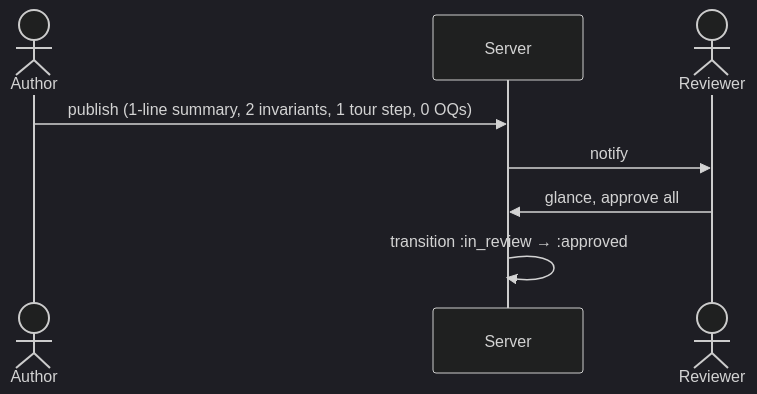
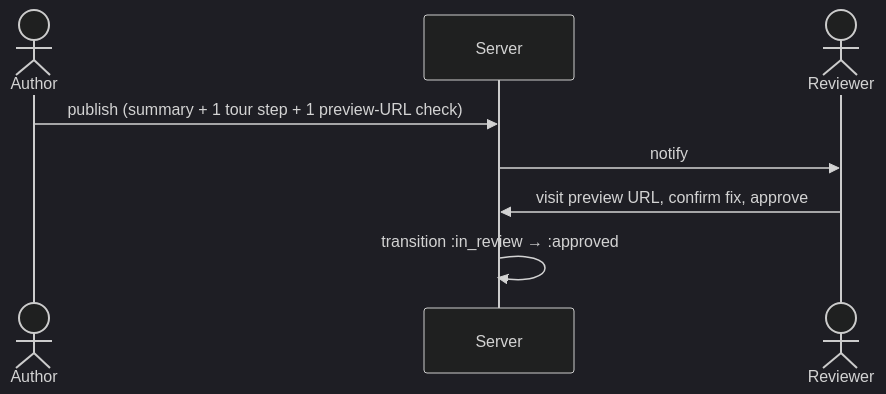
The third of 7 diagrams in .plans/review-packet-prd.md (figitaki/reviews), drawn with Mermaid (dark theme) before and after one commit. The commit also changed other lines of this file and 1 other file, not shown here.

````diff
--- a/.plans/review-packet-prd.md
+++ b/.plans/review-packet-prd.md
@@ -95,11 +95,11 @@
 ```mermaid
 sequenceDiagram
     actor Author
     participant Server
     actor Reviewer
 
-    Author->>Server: publish (1-line summary, 2 invariants, 1 tour step, 0 OQs)
+    Author->>Server: publish (summary + 1 tour step + 1 preview-URL check)
     Server->>Reviewer: notify
-    Reviewer->>Server: glance, approve all
+    Reviewer->>Server: visit preview URL, confirm fix, approve
     Server->>Server: transition :in_review → :approved
 ```
````
